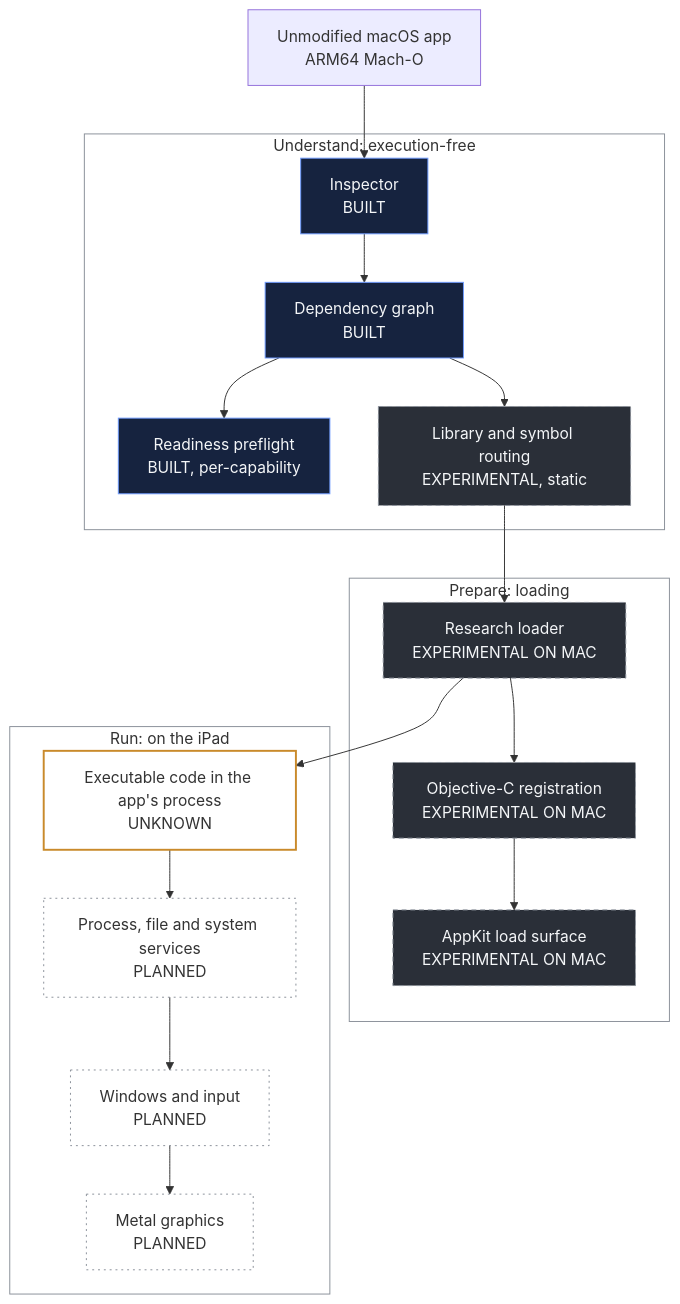
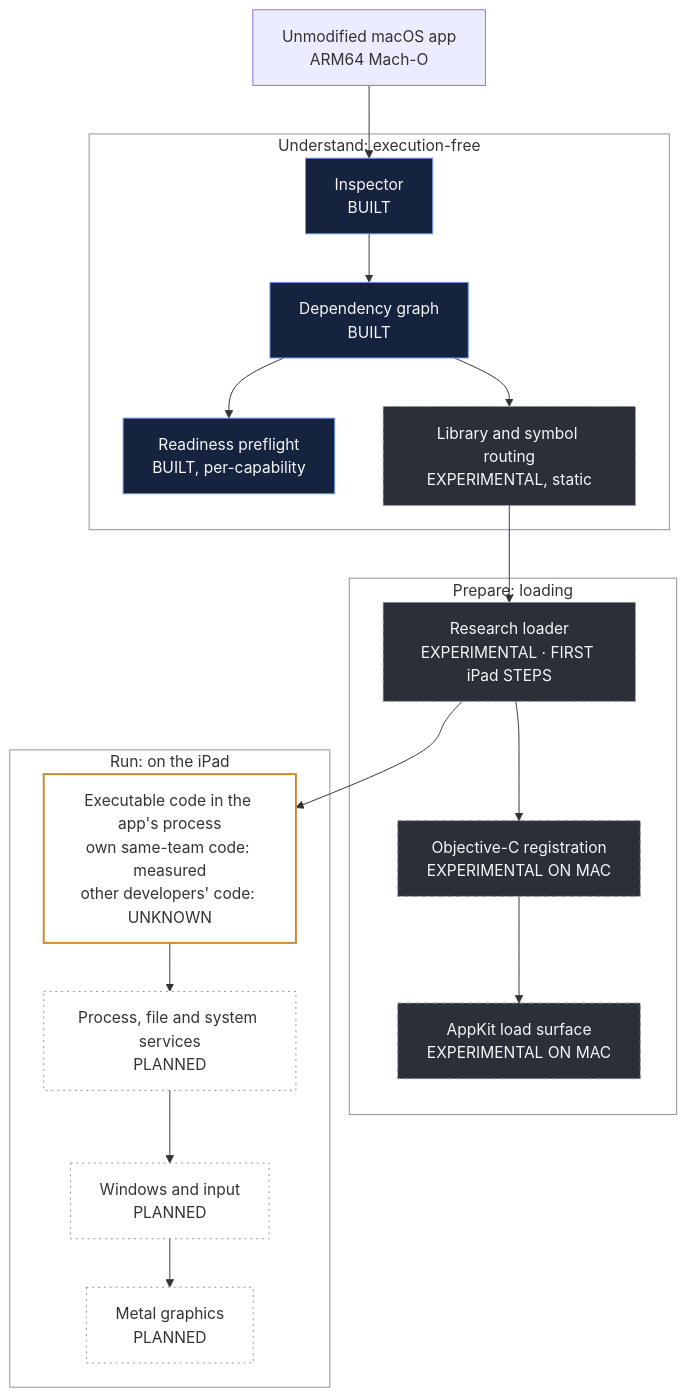
The diagram in docs/architecture.md (NORD-LABS/MacBridge-Project), drawn with Mermaid before and after one commit. The commit also changed other lines of this file and 17 other files, not shown here.

````diff
--- a/docs/architecture.md
+++ b/docs/architecture.md
@@ -22,42 +23,42 @@
 ```mermaid
 flowchart TB
     app["Unmodified macOS app<br/>ARM64 Mach-O"]
 
     subgraph understand["Understand: execution-free"]
         inspect["Inspector<br/>BUILT"]
         deps["Dependency graph<br/>BUILT"]
         preflight["Readiness preflight<br/>BUILT, per-capability"]
         routing["Library and symbol routing<br/>EXPERIMENTAL, static"]
     end
 
     subgraph prepare["Prepare: loading"]
-        loader["Research loader<br/>EXPERIMENTAL ON MAC"]
+        loader["Research loader<br/>EXPERIMENTAL · FIRST iPad STEPS"]
         objc["Objective-C registration<br/>EXPERIMENTAL ON MAC"]
         shim["AppKit load surface<br/>EXPERIMENTAL ON MAC"]
     end
 
     subgraph run["Run: on the iPad"]
-        exec["Executable code in the app's process<br/>UNKNOWN"]
+        exec["Executable code in the app's process<br/>own same-team code: measured<br/>other developers' code: UNKNOWN"]
         services["Process, file and system services<br/>PLANNED"]
         ui["Windows and input<br/>PLANNED"]
         gpu["Metal graphics<br/>PLANNED"]
     end
 
     app --> inspect --> deps --> preflight
     deps --> routing --> loader
     loader --> objc --> shim
     loader --> exec
     exec --> services --> ui --> gpu
 
     classDef built fill:#16233f,stroke:#6e9bff,color:#f4f6f8
     classDef exp fill:#2a2f38,stroke:#8a9099,color:#f4f6f8,stroke-dasharray:5 4
     classDef planned fill:transparent,stroke:#8a9099,stroke-dasharray:2 4
     classDef unknown fill:transparent,stroke:#c98a2b,stroke-width:2px
     class inspect,deps,preflight built
     class routing,loader,objc,shim exp
     class services,ui,gpu planned
     class exec unknown
     style understand fill:transparent,stroke:#8a9099
     style prepare fill:transparent,stroke:#8a9099
     style run fill:transparent,stroke:#8a9099
 ```
````
